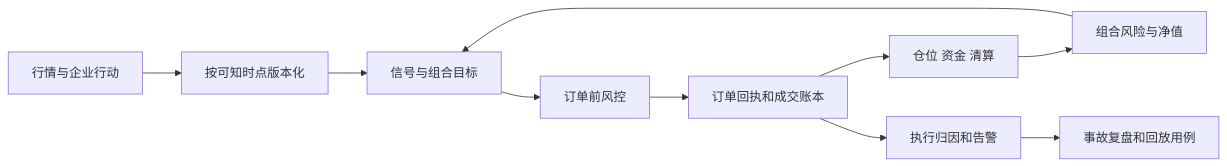
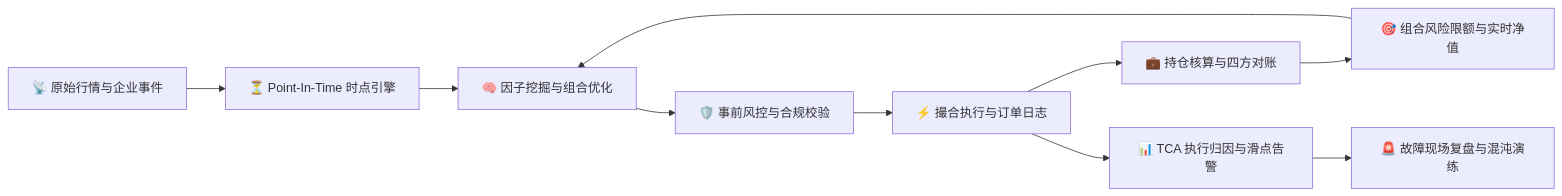
Before and after one commit to jakelihua/quant-systems-industry: the diagram in README.md, drawn with Mermaid. The commit also changed other lines of this file, not shown here.

Commit message:
docs: enrich README with engaging DeepSeek whale theme and 14-week roadmap

````diff
--- a/README.md
+++ b/README.md
@@ -53,12 +62,12 @@
 ```mermaid
 flowchart LR
-  A[行情与企业行动] --> B[按可知时点版本化]
-  B --> C[信号与组合目标]
-  C --> D[订单前风控]
-  D --> E[订单回执和成交账本]
-  E --> F[仓位 资金 清算]
-  E --> G[执行归因和告警]
-  F --> H[组合风险与净值]
-  G --> I[事故复盘和回放用例]
-  H --> C
+    A[📡 原始行情与企业事件] --> B[⏳ Point-In-Time 时点引擎]
+    B --> C[🧠 因子挖掘与组合优化]
+    C --> D[🛡️ 事前风控与合规校验]
+    D --> E[⚡ 撮合执行与订单日志]
+    E --> F[💼 持仓核算与四方对账]
+    E --> G[📊 TCA 执行归因与滑点告警]
+    F --> H[🎯 组合风险限额与实时净值]
+    G --> I[🚨 故障现场复盘与混沌演练]
+    H --> C
 ```
````
